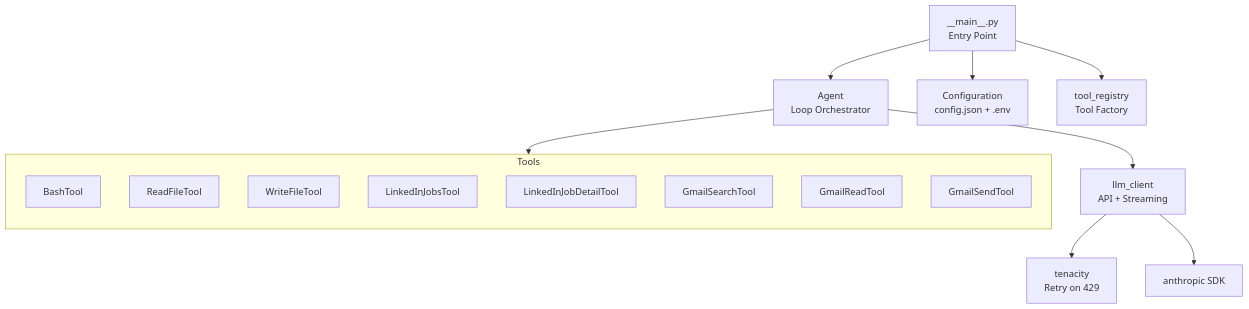
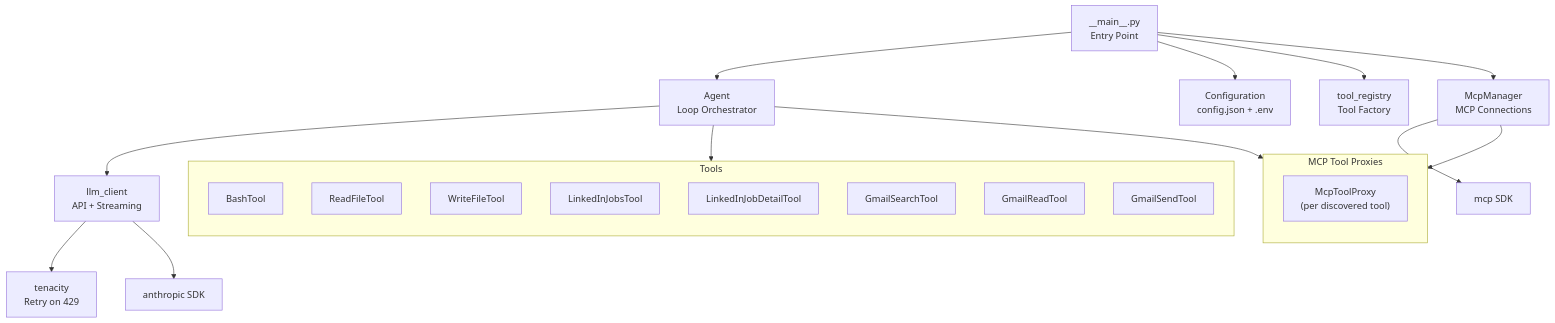
The second of 3 diagrams in documentation/docs/architecture/SAD.md (StephenDenisEdwards/micro-x-agent-loop-python), drawn with Mermaid before and after one commit. The commit also changed other lines of this file and 79 other files, not shown here.

````diff
--- a/documentation/docs/architecture/SAD.md
+++ b/documentation/docs/architecture/SAD.md
@@ -75,24 +78,34 @@
 ```mermaid
 graph TD
     Main["__main__.py<br/>Entry Point"] --> Agent["Agent<br/>Loop Orchestrator"]
     Main --> Config["Configuration<br/>config.json + .env"]
     Main --> Registry["tool_registry<br/>Tool Factory"]
+    Main --> McpMgr["McpManager<br/>MCP Connections"]
 
     Agent --> LlmClient["llm_client<br/>API + Streaming"]
     Agent --> Tools["Tool Implementations"]
+    Agent --> McpTools["MCP Tool Proxies"]
 
     LlmClient --> Tenacity["tenacity<br/>Retry on 429"]
     LlmClient --> Anthropic["anthropic SDK"]
+
+    McpMgr --> McpSDK["mcp SDK"]
+    McpMgr --> McpTools
 
     subgraph Tools
         direction TB
         Bash[BashTool]
         ReadFile[ReadFileTool]
         WriteFile[WriteFileTool]
         LI1[LinkedInJobsTool]
         LI2[LinkedInJobDetailTool]
         Gmail1[GmailSearchTool]
         Gmail2[GmailReadTool]
         Gmail3[GmailSendTool]
     end
+
+    subgraph McpTools["MCP Tool Proxies"]
+        direction TB
+        McpProxy1["McpToolProxy<br/>(per discovered tool)"]
+    end
 ```
````
